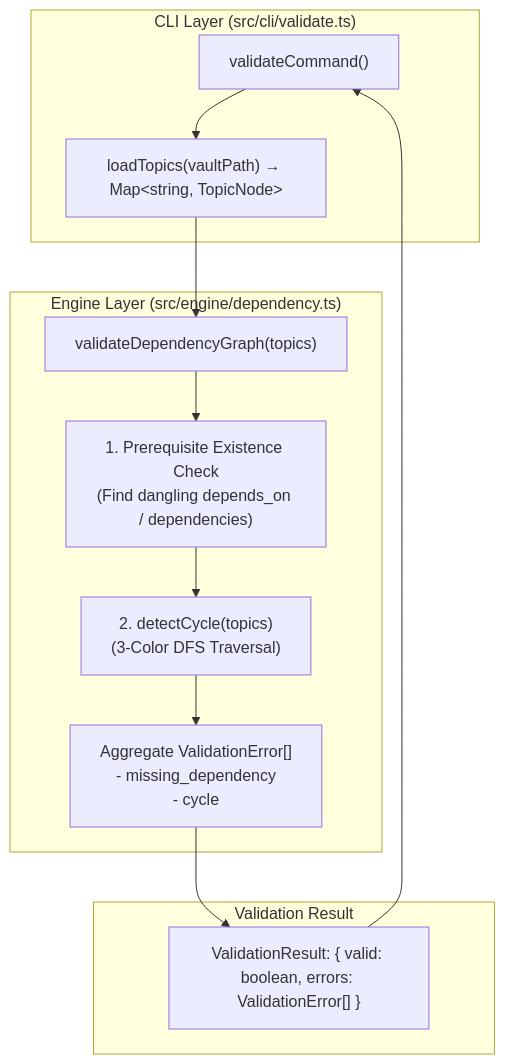
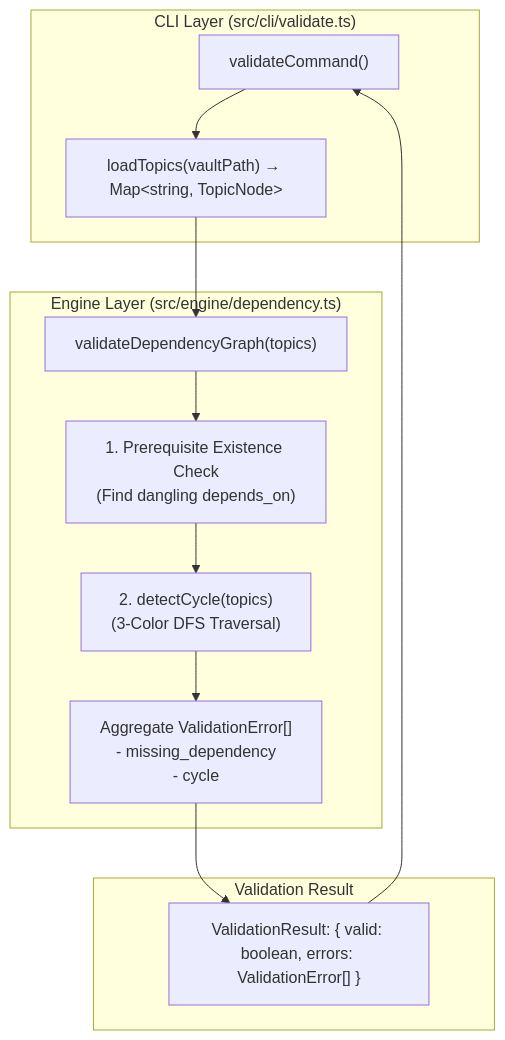
The third of 3 diagrams in docs/03-2-dependency-graph-engine.md (Kuldeep2822k/cli), drawn with Mermaid before and after one commit. The commit also changed other lines of this file and 5 other files, not shown here.

````diff
--- a/docs/03-2-dependency-graph-engine.md
+++ b/docs/03-2-dependency-graph-engine.md
@@ -193,26 +191,26 @@
 ```mermaid
 flowchart TD
     subgraph CLI ["CLI Layer (src/cli/validate.ts)"]
         VC["validateCommand()"]
         Load["loadTopics(vaultPath) &rarr; Map&lt;string, TopicNode&gt;"]
     end
 
     subgraph Engine ["Engine Layer (src/engine/dependency.ts)"]
         VDG["validateDependencyGraph(topics)"]
-        CheckDangling["1. Prerequisite Existence Check<br/>(Find dangling depends_on / dependencies)"]
+        CheckDangling["1. Prerequisite Existence Check<br/>(Find dangling depends_on)"]
         RunDFS["2. detectCycle(topics)<br/>(3-Color DFS Traversal)"]
         CollectErrors["Aggregate ValidationError[]<br/>- missing_dependency<br/>- cycle"]
     end
 
     subgraph Result ["Validation Result"]
         VResult["ValidationResult: { valid: boolean, errors: ValidationError[] }"]
     end
 
     VC --> Load
     Load --> VDG
     VDG --> CheckDangling
     CheckDangling --> RunDFS
     RunDFS --> CollectErrors
     CollectErrors --> VResult
     VResult --> VC
 ```
````
